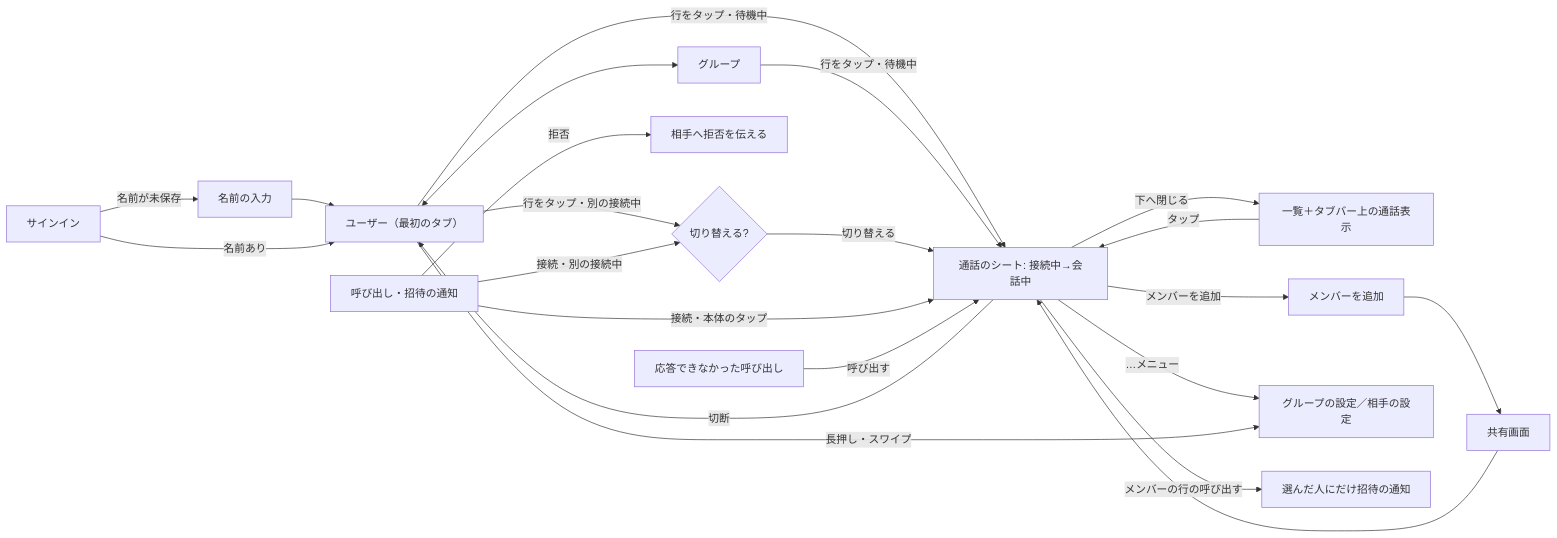
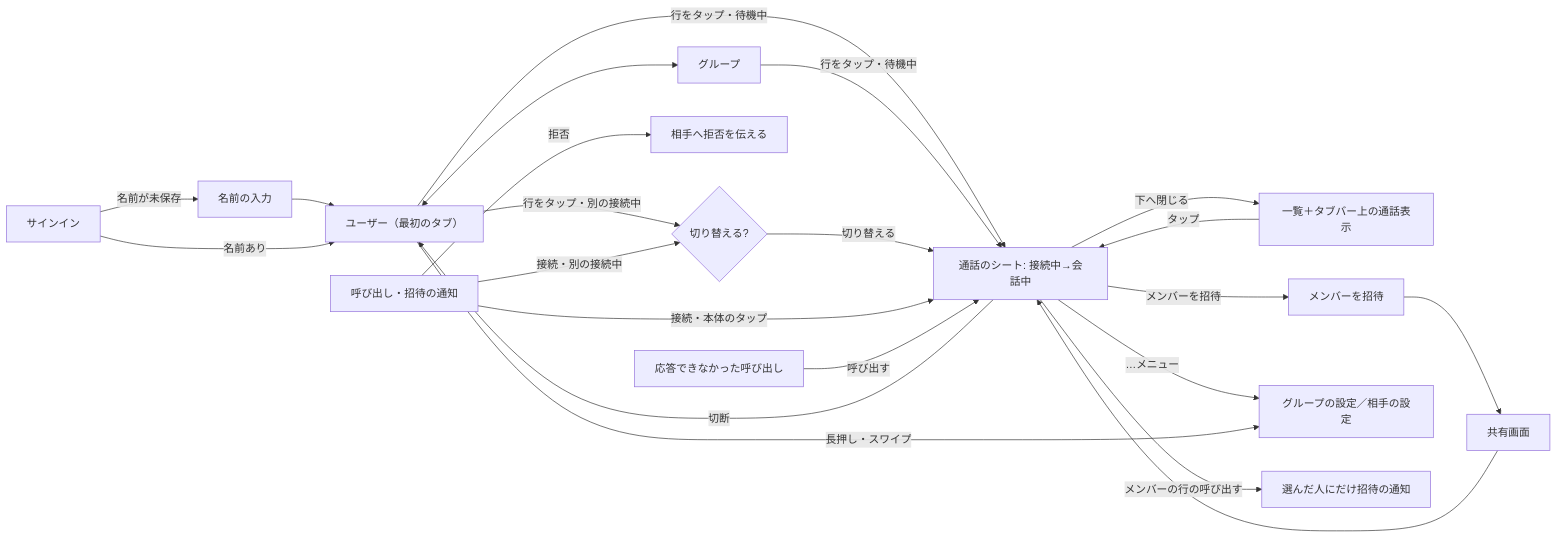
The diagram in docs/design/操作の流れ.md (eroccowaruico/RideIntercom), drawn with Mermaid before and after one commit. The commit also changed other lines of this file and 10 other files, not shown here.

Commit message:
操作を利用者の意図から決め、招待の入口と語を1つにする

````diff
--- a/docs/design/操作の流れ.md
+++ b/docs/design/操作の流れ.md
@@ -39,21 +39,21 @@
 ```mermaid
 flowchart LR
     SignIn[サインイン] -- 名前が未保存 --> Name[名前の入力] --> Users
     SignIn -- 名前あり --> Users[ユーザー（最初のタブ）]
     Users <--> Groups[グループ]
     Users -- 行をタップ・待機中 --> Sheet[通話のシート: 接続中→会話中]
     Groups -- 行をタップ・待機中 --> Sheet
     Users -- 行をタップ・別の接続中 --> Confirm{切り替える?}
     Confirm -- 切り替える --> Sheet
     Sheet -- 下へ閉じる --> Accessory[一覧＋タブバー上の通話表示]
     Accessory -- タップ --> Sheet
-    Sheet -- メンバーを追加 --> Add[メンバーを追加] --> Share[共有画面] --> Sheet
+    Sheet -- メンバーを招待 --> Add[メンバーを招待] --> Share[共有画面] --> Sheet
     Sheet -- …メニュー --> Settings[グループの設定／相手の設定]
     Users -- 長押し・スワイプ --> Settings
     Notice[呼び出し・招待の通知] -- 接続・本体のタップ --> Sheet
     Notice -- 接続・別の接続中 --> Confirm
     Notice -- 拒否 --> Declined[相手へ拒否を伝える]
     Missed[応答できなかった呼び出し] -- 呼び出す --> Sheet
     Sheet -- メンバーの行の呼び出す --> Invite[選んだ人にだけ招待の通知]
     Sheet -- 切断 --> Users
 ```
````
